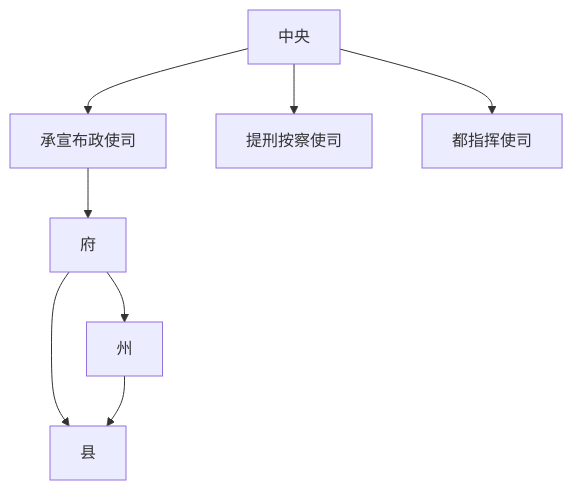
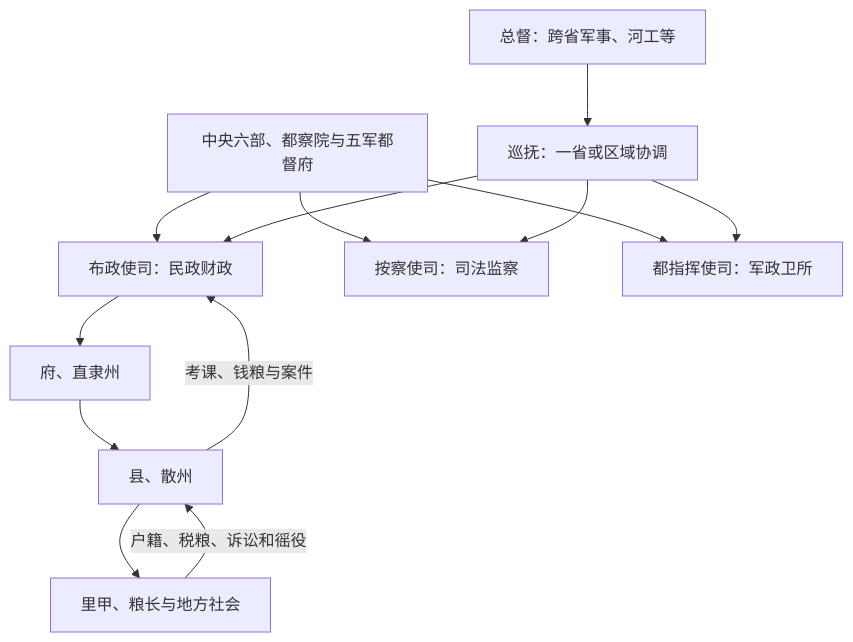
One commit to tianlan-dev/learning-notes changed the diagram in 人文科学/历史/东亚/中国/_制度/地方行政区划/历代地方区划/明.md. Above: the diagram before and after it, drawn with Mermaid. The commit also changed other lines of this file and 1417 other files, not shown here.

````diff
--- a/人文科学/历史/东亚/中国/_制度/地方行政区划/历代地方区划/明.md
+++ b/人文科学/历史/东亚/中国/_制度/地方行政区划/历代地方区划/明.md
@@ -19,10 +23,15 @@
 ```mermaid
 flowchart TD
-    A["中央"] --> B["承宣布政使司"]
-    A --> C["提刑按察使司"]
-    A --> D["都指挥使司"]
-    B --> E["府"]
-    E --> F["州"]
-    E --> G["县"]
-    F --> G
+    C["中央六部、都察院与五军都督府"] --> B["布政使司：民政财政"]
+    C --> A["按察使司：司法监察"]
+    C --> D["都指挥使司：军政卫所"]
+    B --> F["府、直隶州"]
+    F --> X["县、散州"]
+    X --> L["里甲、粮长与地方社会"]
+    P["巡抚：一省或区域协调"] --> B
+    P --> A
+    P --> D
+    G["总督：跨省军事、河工等"] --> P
+    L -->|户籍、税粮、诉讼和徭役| X
+    X -->|考课、钱粮与案件| B
 ```
````
